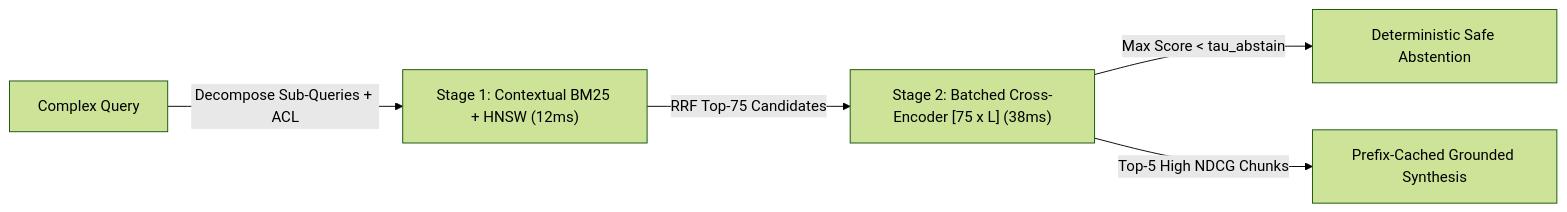
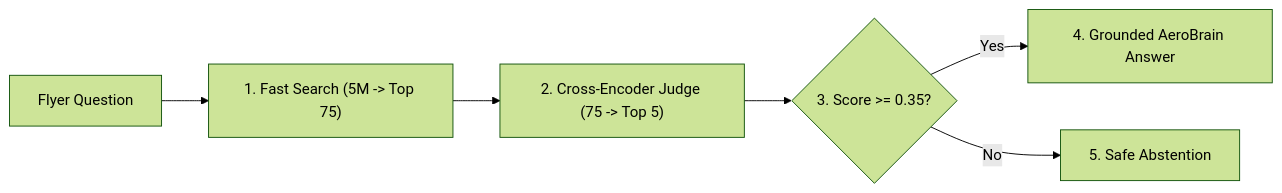
The diagram in knowledgebase/05-ai-engineering/10-cross-encoder-reranking-and-contextual-retrieval.md (manjunathk833/codingforinterviews), drawn with Mermaid (forest theme) before and after one commit. The commit also changed other lines of this file and 55 other files, not shown here.

````diff
--- a/knowledgebase/05-ai-engineering/10-cross-encoder-reranking-and-contextual-retrieval.md
+++ b/knowledgebase/05-ai-engineering/10-cross-encoder-reranking-and-contextual-retrieval.md
@@ -67,7 +89,8 @@
 ```mermaid
 flowchart LR
-  UserQ["Complex Query"] -->|Decompose Sub-Queries + ACL| Stage1["Stage 1: Contextual BM25 + HNSW (12ms)"]
-  Stage1 -->|RRF Top-75 Candidates| Rerank["Stage 2: Batched Cross-Encoder [75 x L] (38ms)"]
-  Rerank -->|Max Score < tau_abstain| Abstain["Deterministic Safe Abstention"]
-  Rerank -->|Top-5 High NDCG Chunks| Gen["Prefix-Cached Grounded Synthesis"]
+  Query["Flyer Question"] --> Stage1["1. Fast Search (5M -> Top 75)"]
+  Stage1 --> Rerank["2. Cross-Encoder Judge (75 -> Top 5)"]
+  Rerank --> Gate{"3. Score >= 0.35?"}
+  Gate -->|Yes| Answer["4. Grounded AeroBrain Answer"]
+  Gate -->|No| Abstain["5. Safe Abstention"]
 ```
````
